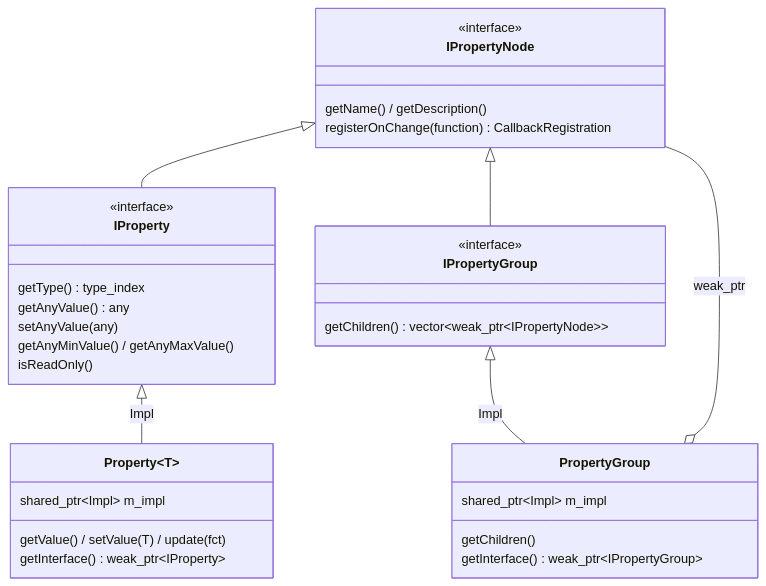
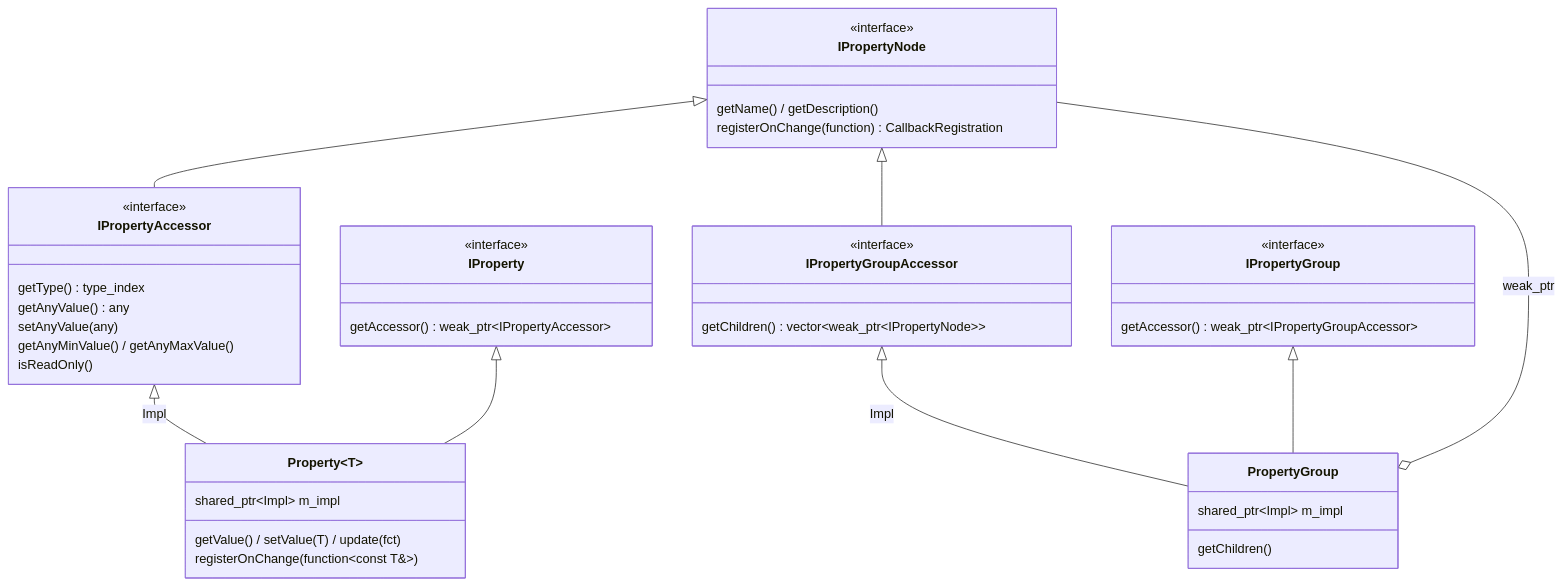
Before and after one commit to lmt-dev-inc/icymoon: the diagram in docs/architecture/properties.md, drawn with Mermaid. The commit also changed other lines of this file and 32 other files, not shown here.

Commit message:
#100: Refined property interface names

````diff
--- a/docs/architecture/properties.md
+++ b/docs/architecture/properties.md
@@ -38,36 +53,45 @@
 ```mermaid
 classDiagram
     direction TB
     class IPropertyNode {
         <<interface>>
         getName() / getDescription()
         registerOnChange(function) CallbackRegistration
     }
-    class IProperty {
+    class IPropertyAccessor {
         <<interface>>
         getType() type_index
         getAnyValue() any
         setAnyValue(any)
         getAnyMinValue() / getAnyMaxValue()
         isReadOnly()
     }
+    class IPropertyGroupAccessor {
+        <<interface>>
+        getChildren() vector~weak_ptr~IPropertyNode~~
+    }
+    class IProperty {
+        <<interface>>
+        getAccessor() weak_ptr~IPropertyAccessor~
+    }
     class IPropertyGroup {
         <<interface>>
-        getChildren() vector~weak_ptr~IPropertyNode~~
+        getAccessor() weak_ptr~IPropertyGroupAccessor~
     }
     class Property~T~ {
         shared_ptr~Impl~ m_impl
         getValue() / setValue(T) / update(fct)
-        getInterface() weak_ptr~IProperty~
+        registerOnChange(function~const T&~)
     }
     class PropertyGroup {
         shared_ptr~Impl~ m_impl
         getChildren()
-        getInterface() weak_ptr~IPropertyGroup~
     }
-    IPropertyNode <|-- IProperty
-    IPropertyNode <|-- IPropertyGroup
-    IProperty <|-- Property~T~ : Impl
-    IPropertyGroup <|-- PropertyGroup : Impl
+    IPropertyNode <|-- IPropertyAccessor
+    IPropertyNode <|-- IPropertyGroupAccessor
+    IPropertyAccessor <|-- Property~T~ : Impl
+    IPropertyGroupAccessor <|-- PropertyGroup : Impl
+    IProperty <|-- Property~T~
+    IPropertyGroup <|-- PropertyGroup
     PropertyGroup o-- IPropertyNode : weak_ptr
 ```
````
